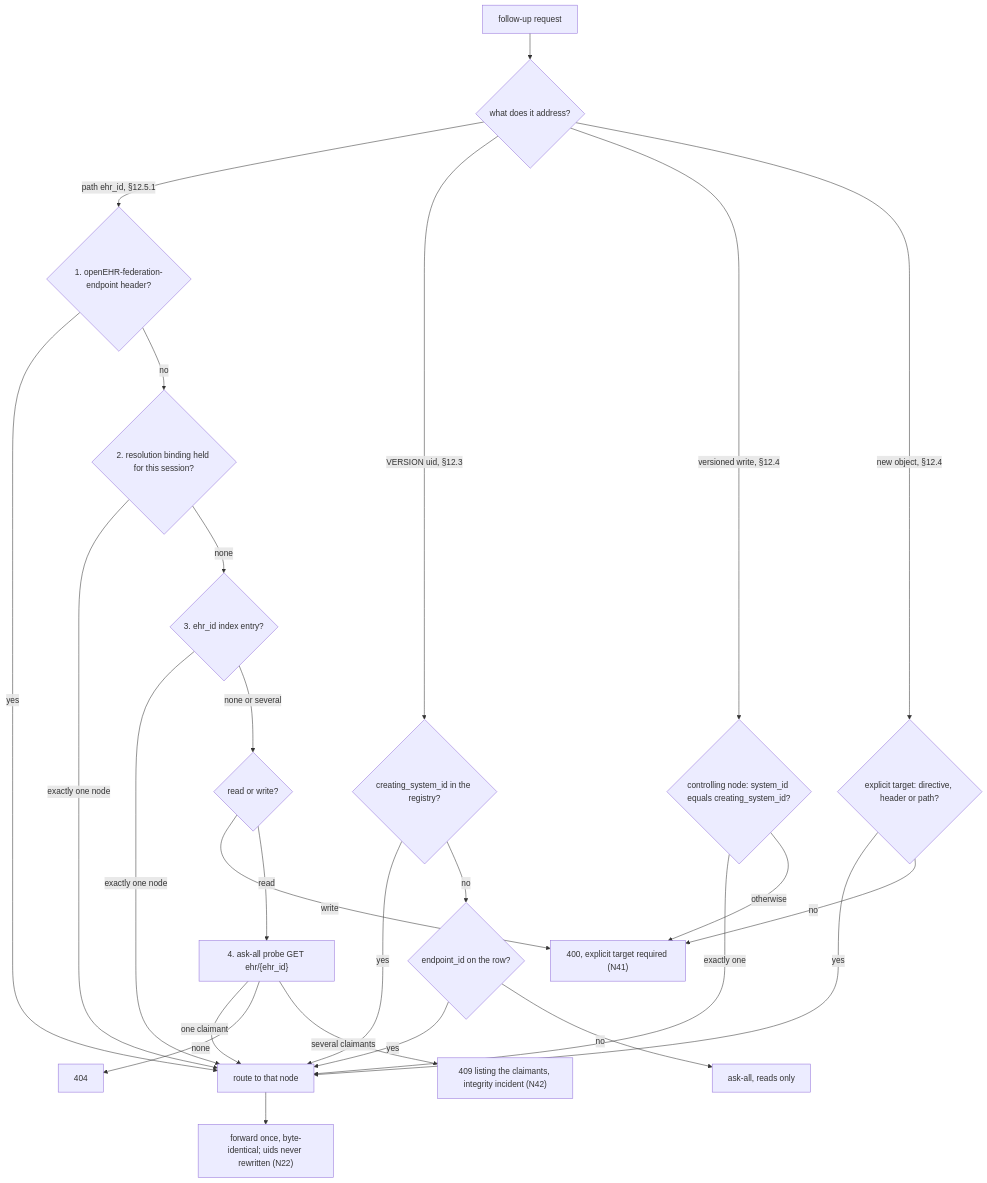
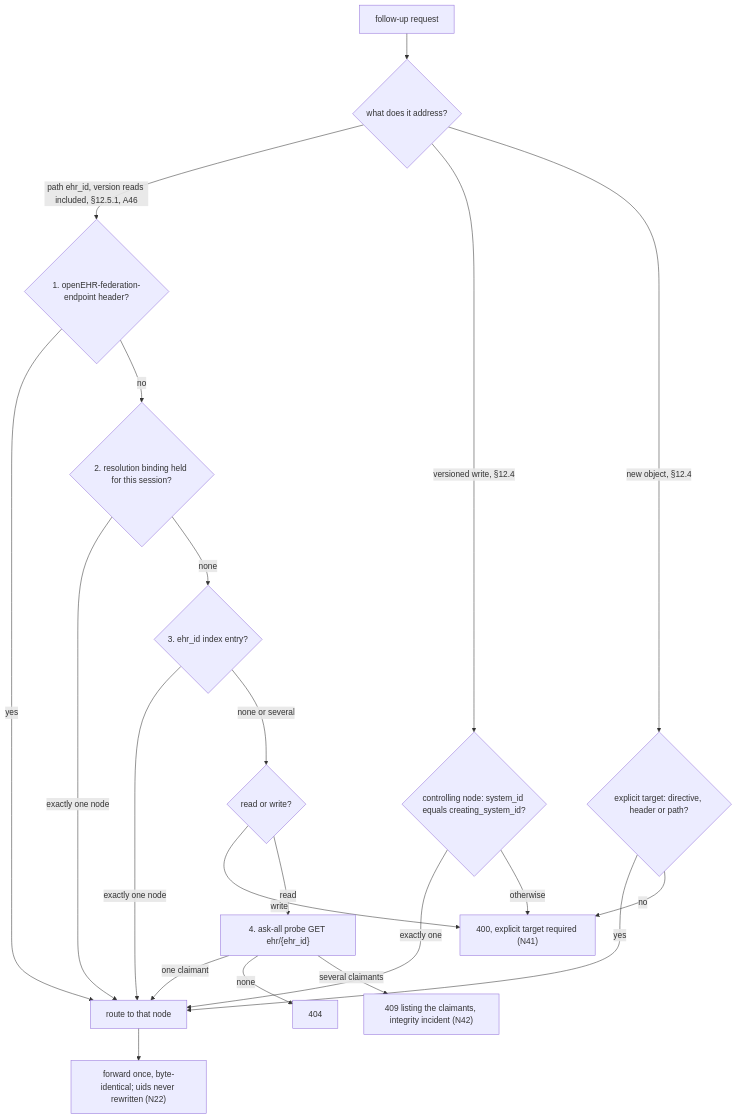
Before and after one commit to FerroHEALTH/FerroFED: the second of 4 diagrams in docs/architecture.md, drawn with Mermaid. The commit also changed other lines of this file and 23 other files, not shown here.

First line of the commit message:
feat(routing): learn creating_system_ids from every answer, and route version reads by N41 (#64)

````diff
--- a/docs/architecture.md
+++ b/docs/architecture.md
@@ -377,28 +379,23 @@
 ```mermaid
 flowchart TD
     req["follow-up request"] --> kind{"what does it address?"}
-    kind -->|"path ehr_id, §12.5.1"| s1{"1. openEHR-federation-endpoint header?"}
+    kind -->|"path ehr_id, version reads included, §12.5.1, A46"| s1{"1. openEHR-federation-endpoint header?"}
     s1 -->|yes| one["route to that node"]
     s1 -->|no| s2{"2. resolution binding held for this session?"}
     s2 -->|exactly one node| one
     s2 -->|none| s3{"3. ehr_id index entry?"}
     s3 -->|exactly one node| one
     s3 -->|none or several| rw{"read or write?"}
     rw -->|write| r400["400, explicit target required (N41)"]
     rw -->|read| s4["4. ask-all probe GET ehr/{ehr_id}"]
     s4 -->|one claimant| one
     s4 -->|none| r404["404"]
     s4 -->|several claimants| r409["409 listing the claimants, integrity incident (N42)"]
-    kind -->|"VERSION uid, §12.3"| v1{"creating_system_id in the registry?"}
-    v1 -->|yes| one
-    v1 -->|no| v2{"endpoint_id on the row?"}
-    v2 -->|yes| one
-    v2 -->|no| v3["ask-all, reads only"]
     kind -->|"versioned write, §12.4"| w1{"controlling node: system_id equals creating_system_id?"}
     w1 -->|exactly one| one
     w1 -->|otherwise| r400
     kind -->|"new object, §12.4"| n1{"explicit target: directive, header or path?"}
     n1 -->|yes| one
     n1 -->|no| r400
     one --> pass["forward once, byte-identical; uids never rewritten (N22)"]
 ```
````
